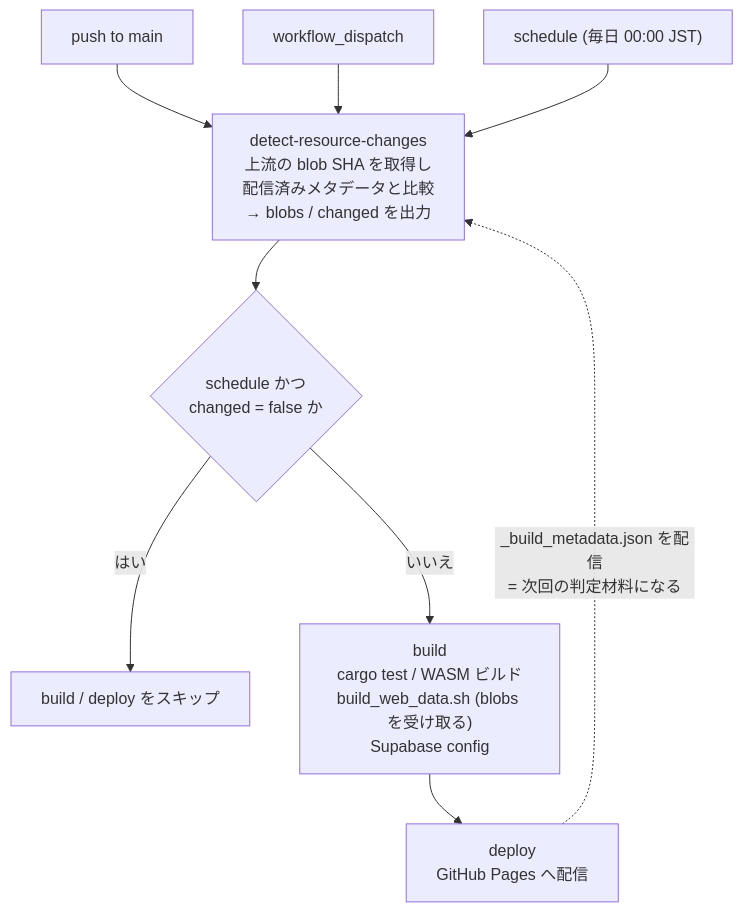
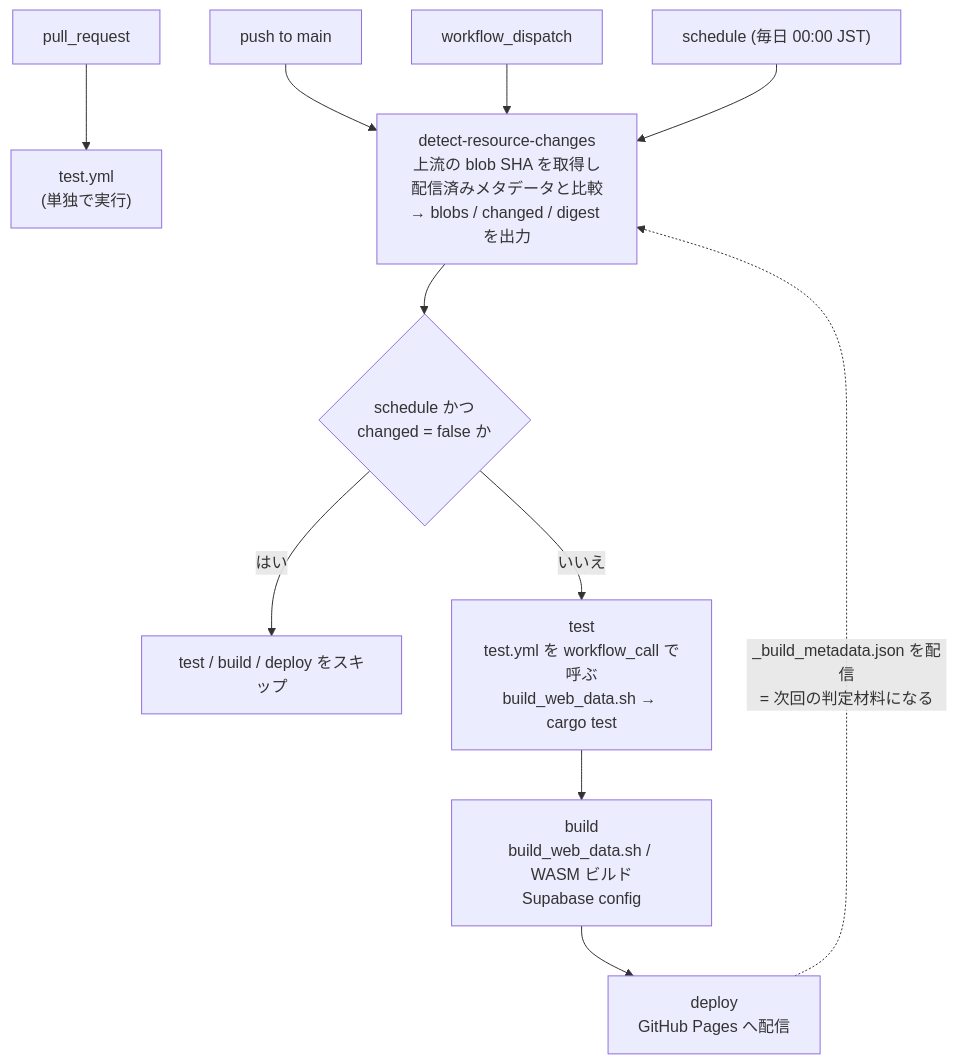
One commit to Maru0137/ff11sim changed the first of 3 diagrams in docs/adr/0003-items-json-generated-in-ci.md. Above: the diagram before and after it, drawn with Mermaid. The commit also changed other lines of this file and 5 other files, not shown here.

First line of the commit message:
[CI] テストを test.yml に分離し、deploy.yml から依存させる

````diff
--- a/docs/adr/0003-items-json-generated-in-ci.md
+++ b/docs/adr/0003-items-json-generated-in-ci.md
@@ -112,15 +117,18 @@
 ```mermaid
 flowchart TD
+    pr["pull_request"] --> testonly["test.yml<br/>(単独で実行)"]
+
     push["push to main"] --> detect
     dispatch["workflow_dispatch"] --> detect
     sched["schedule (毎日 00:00 JST)"] --> detect
 
-    detect["detect-resource-changes<br/>上流の blob SHA を取得し<br/>配信済みメタデータと比較<br/>→ blobs / changed を出力"]
+    detect["detect-resource-changes<br/>上流の blob SHA を取得し<br/>配信済みメタデータと比較<br/>→ blobs / changed / digest を出力"]
     detect --> gate{"schedule かつ<br/>changed = false か"}
-    gate -->|"はい"| skip["build / deploy をスキップ"]
-    gate -->|"いいえ"| build
+    gate -->|"はい"| skip["test / build / deploy をスキップ"]
+    gate -->|"いいえ"| test
 
-    build["build<br/>cargo test / WASM ビルド<br/>build_web_data.sh (blobs を受け取る)<br/>Supabase config"]
+    test["test<br/>test.yml を workflow_call で呼ぶ<br/>build_web_data.sh → cargo test"]
+    test --> build["build<br/>build_web_data.sh / WASM ビルド<br/>Supabase config"]
     build --> deploy["deploy<br/>GitHub Pages へ配信"]
     deploy -.->|"_build_metadata.json を配信<br/>= 次回の判定材料になる"| detect
 ```
````
